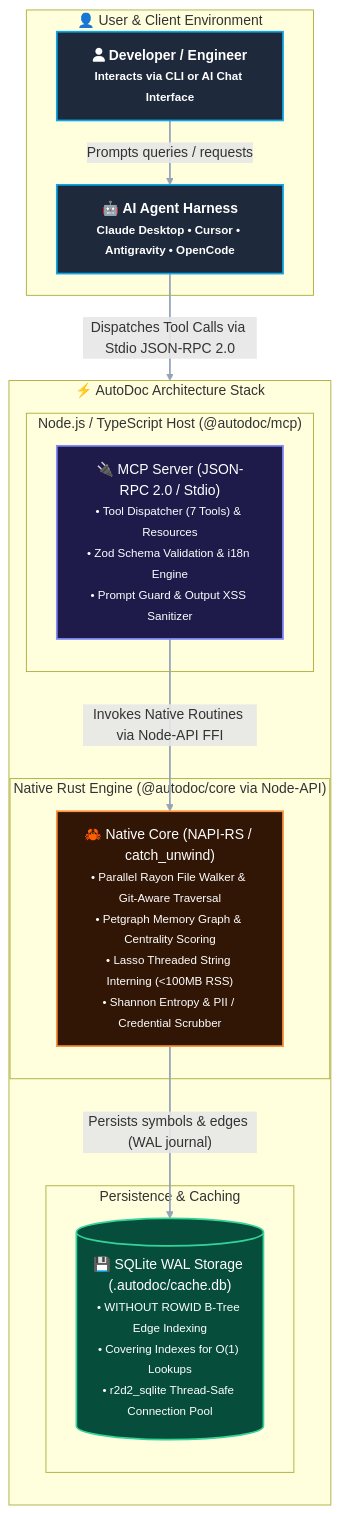
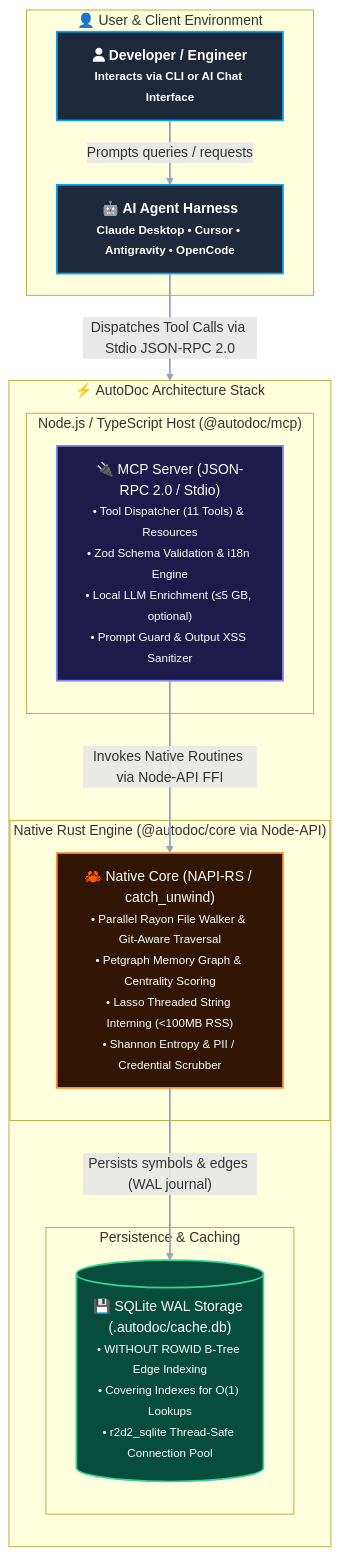
The diagram in README.md (dandgabr/autodoc), drawn with Mermaid before and after one commit. The commit also changed other lines of this file and 44 other files, not shown here.

````diff
--- a/README.md
+++ b/README.md
@@ -16,39 +16,39 @@
 ```mermaid
 flowchart TD
     %% Global styling & High Contrast Theme Definitions
     classDef clientClass fill:#1E293B,stroke:#0EA5E9,stroke-width:2px,color:#FFFFFF,font-weight:bold;
     classDef boundaryClass fill:#0F172A,stroke:#64748B,stroke-width:2px,stroke-dasharray: 4 4,color:#38BDF8,font-weight:bold;
     classDef mcpClass fill:#1E1B4B,stroke:#818CF8,stroke-width:2px,color:#FFFFFF;
     classDef rustClass fill:#311505,stroke:#FB923C,stroke-width:2px,color:#FFFFFF;
     classDef dbClass fill:#064E3B,stroke:#34D399,stroke-width:2px,color:#FFFFFF;
 
     subgraph Clients["👤 User & Client Environment"]
         Dev["fa:fa-user Developer / Engineer<br/><small>Interacts via CLI or AI Chat Interface</small>"]:::clientClass
         Harness["🤖 AI Agent Harness<br/><small>Claude Desktop • Cursor • Antigravity • OpenCode</small>"]:::clientClass
     end
 
     subgraph AutoDocSystem["⚡ AutoDoc Architecture Stack"]
         direction TB
 
         subgraph MCPLayer["Node.js / TypeScript Host (@autodoc/mcp)"]
-            MCPServer["🔌 MCP Server (JSON-RPC 2.0 / Stdio)<br/><small>• Tool Dispatcher (7 Tools) & Resources<br/>• Zod Schema Validation & i18n Engine<br/>• Prompt Guard & Output XSS Sanitizer</small>"]:::mcpClass
+            MCPServer["🔌 MCP Server (JSON-RPC 2.0 / Stdio)<br/><small>• Tool Dispatcher (11 Tools) & Resources<br/>• Zod Schema Validation & i18n Engine<br/>• Local LLM Enrichment (≤5 GB, optional)<br/>• Prompt Guard & Output XSS Sanitizer</small>"]:::mcpClass
         end
 
         subgraph CoreLayer["Native Rust Engine (@autodoc/core via Node-API)"]
             NativeCore["🦀 Native Core (NAPI-RS / catch_unwind)<br/><small>• Parallel Rayon File Walker & Git-Aware Traversal<br/>• Petgraph Memory Graph & Centrality Scoring<br/>• Lasso Threaded String Interning (&lt;100MB RSS)<br/>• Shannon Entropy & PII / Credential Scrubber</small>"]:::rustClass
         end
 
         subgraph StorageLayer["Persistence & Caching"]
             CacheDB[("💾 SQLite WAL Storage (.autodoc/cache.db)<br/><small>• WITHOUT ROWID B-Tree Edge Indexing<br/>• Covering Indexes for O(1) Lookups<br/>• r2d2_sqlite Thread-Safe Connection Pool</small>")]:::dbClass
         end
     end
 
     %% Vertical Hierarchical Flows
     Dev -->|"Prompts queries / requests"| Harness
     Harness -->|"Dispatches Tool Calls via Stdio JSON-RPC 2.0"| MCPServer
     MCPServer -->|"Invokes Native Routines via Node-API FFI"| NativeCore
     NativeCore -->|"Persists symbols & edges (WAL journal)"| CacheDB
 
     %% Link High Contrast Styling
     linkStyle default stroke:#94A3B8,stroke-width:2px;
 ```
````
